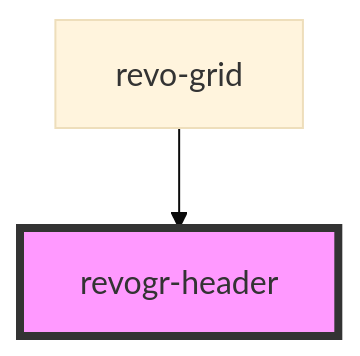
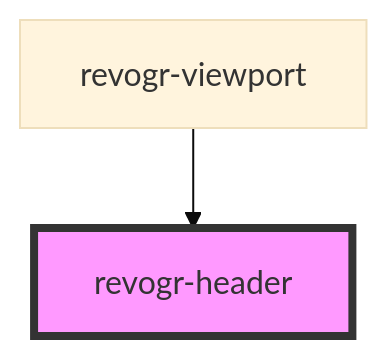
Before and after one commit to revolist/revogrid: the diagram in src/components/header/readme.md, drawn with Mermaid (base theme). The commit also changed other lines of this file and 31 other files, not shown here.

````diff
--- a/src/components/header/readme.md
+++ b/src/components/header/readme.md
@@ -15,5 +33,5 @@
 ```mermaid
 graph TD;
-  revo-grid --> revogr-header
+  revogr-viewport --> revogr-header
   style revogr-header fill:#f9f,stroke:#333,stroke-width:4px
 ```
````
